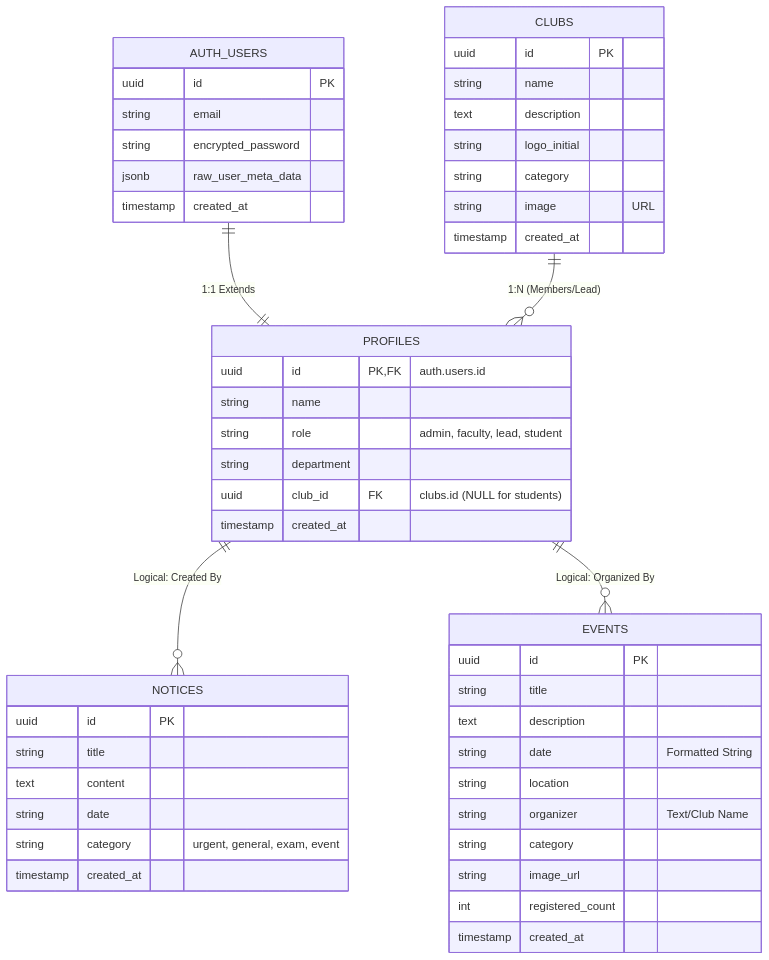
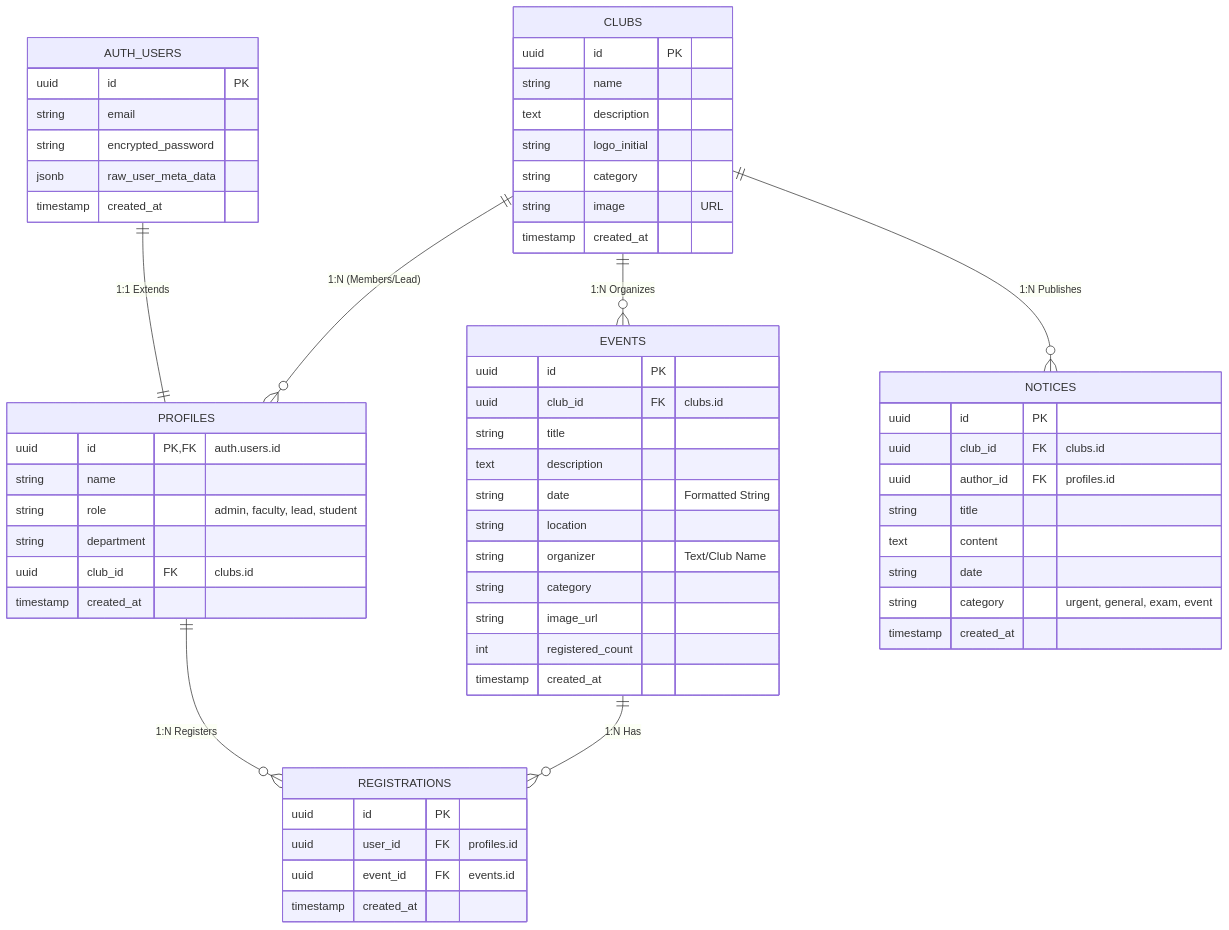
The first of 3 diagrams in DATABASE_SCHEMA.md (KingAkku/PEC-for-you), drawn with Mermaid before and after one commit. The commit also changed other lines of this file and 6 other files, not shown here.

First line of the commit message:
feat: Link events and notices to clubs

````diff
--- a/DATABASE_SCHEMA.md
+++ b/DATABASE_SCHEMA.md
@@ -11,56 +11,68 @@
 ```mermaid
 erDiagram
     AUTH_USERS ||--|| PROFILES : "1:1 Extends"
     CLUBS ||--o{ PROFILES : "1:N (Members/Lead)"
-    PROFILES ||--o{ NOTICES : "Logical: Created By"
-    PROFILES ||--o{ EVENTS : "Logical: Organized By"
+    CLUBS ||--o{ EVENTS : "1:N Organizes"
+    CLUBS ||--o{ NOTICES : "1:N Publishes"
+    PROFILES ||--o{ REGISTRATIONS : "1:N Registers"
+    EVENTS ||--o{ REGISTRATIONS : "1:N Has"
 
     AUTH_USERS {
         uuid id PK
         string email
         string encrypted_password
         jsonb raw_user_meta_data
         timestamp created_at
     }
 
     PROFILES {
         uuid id PK, FK "auth.users.id"
         string name
         string role "admin, faculty, lead, student"
         string department
-        uuid club_id FK "clubs.id (NULL for students)"
+        uuid club_id FK "clubs.id"
         timestamp created_at
     }
 
     CLUBS {
         uuid id PK
         string name
         text description
         string logo_initial
         string category
         string image "URL"
         timestamp created_at
     }
 
     EVENTS {
         uuid id PK
+        uuid club_id FK "clubs.id"
         string title
         text description
         string date "Formatted String"
         string location
         string organizer "Text/Club Name"
         string category
         string image_url
         int registered_count
         timestamp created_at
     }
 
     NOTICES {
         uuid id PK
+        uuid club_id FK "clubs.id"
+        uuid author_id FK "profiles.id"
         string title
         text content
         string date
         string category "urgent, general, exam, event"
         timestamp created_at
     }
+    
+    REGISTRATIONS {
+        uuid id PK
+        uuid user_id FK "profiles.id"
+        uuid event_id FK "events.id"
+        timestamp created_at
+    }
 ```
````
